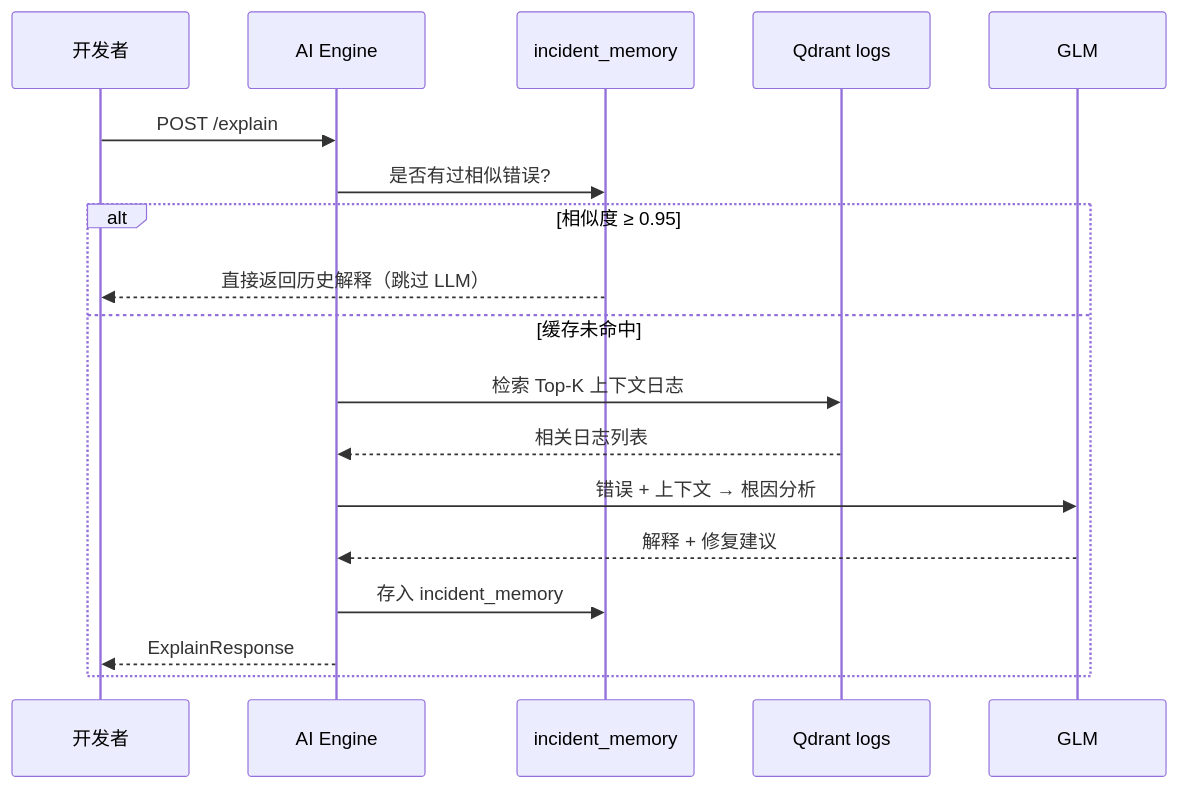
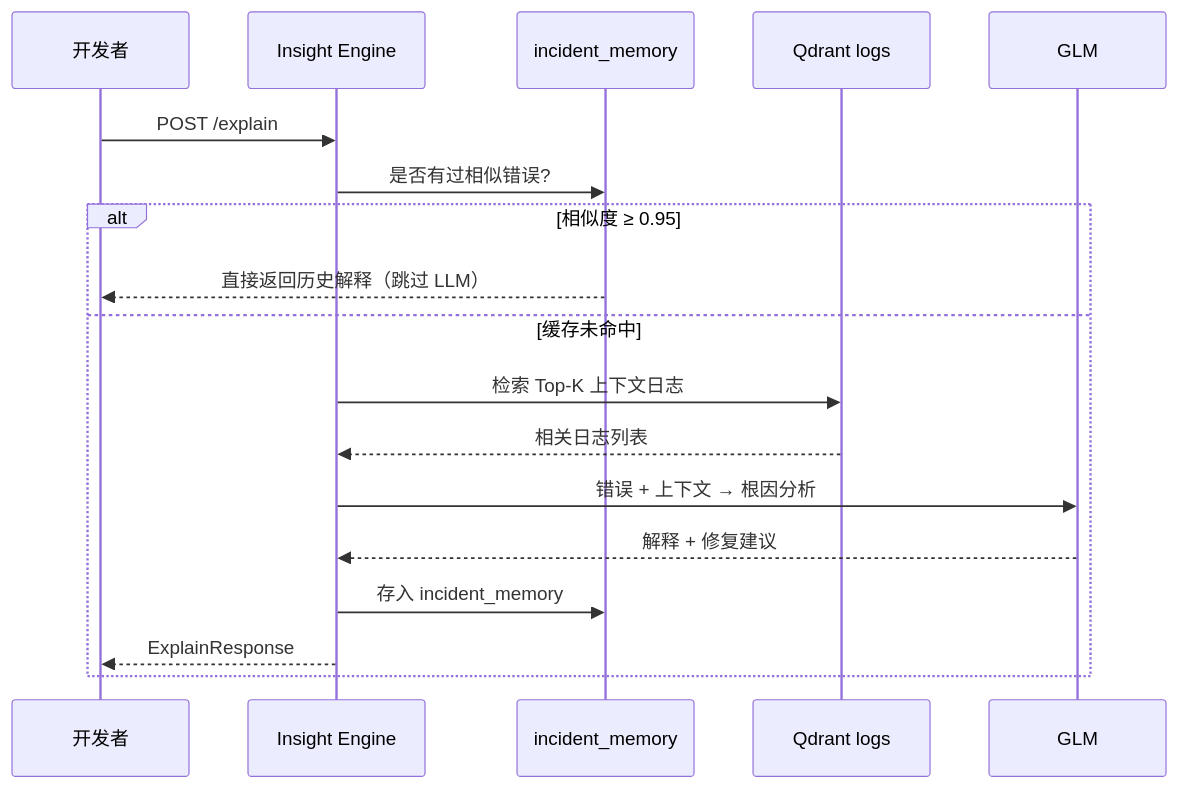
The second of 17 diagrams in docs/business-logic.md (fanqingsong/Logara-AI), drawn with Mermaid before and after one commit. The commit also changed other lines of this file and 64 other files, not shown here.

````diff
--- a/docs/business-logic.md
+++ b/docs/business-logic.md
@@ -141,21 +141,21 @@
 ```mermaid
 sequenceDiagram
     participant Dev as 开发者
-    participant AI as AI Engine
+    participant AI as Insight Engine
     participant Cache as incident_memory
     participant Q as Qdrant logs
     participant LLM as GLM
 
     Dev->>AI: POST /explain
     AI->>Cache: 是否有过相似错误?
     alt 相似度 ≥ 0.95
         Cache-->>Dev: 直接返回历史解释（跳过 LLM）
     else 缓存未命中
         AI->>Q: 检索 Top-K 上下文日志
         Q-->>AI: 相关日志列表
         AI->>LLM: 错误 + 上下文 → 根因分析
         LLM-->>AI: 解释 + 修复建议
         AI->>Cache: 存入 incident_memory
         AI-->>Dev: ExplainResponse
     end
 ```
````
